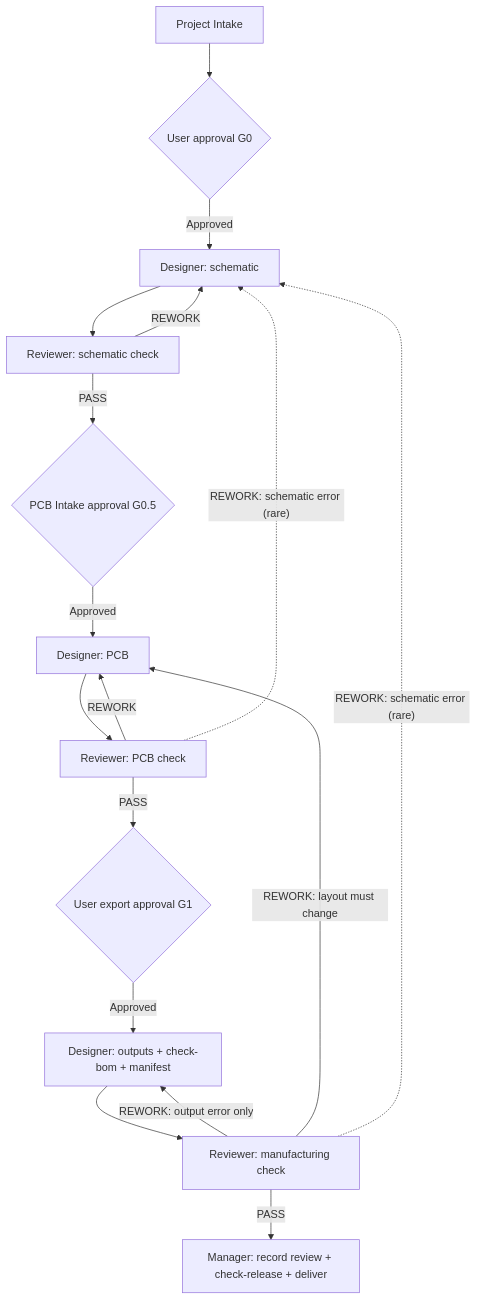
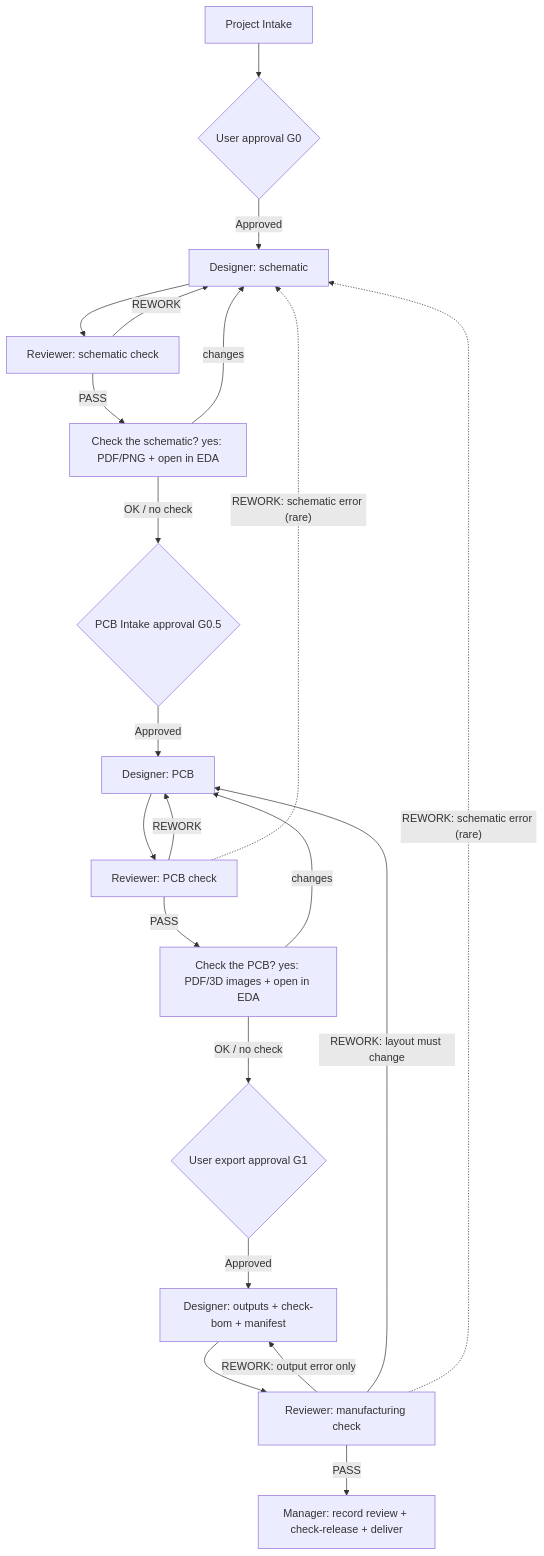
The diagram in README.md (d0ukan/ai-hw-designer), drawn with Mermaid before and after one commit. The commit also changed other lines of this file and 10 other files, not shown here.

Commit message:
v1.21: optional user schematic and PCB check (PDF/images, open in EDA) before G0.5 and G1

````diff
--- a/README.md
+++ b/README.md
@@ -105,19 +106,23 @@
 ```mermaid
 flowchart TD
     I["Project Intake"] --> A{"User approval G0"}
     A -->|"Approved"| D["Designer: schematic"]
     D --> S["Reviewer: schematic check"]
     S -->|"REWORK"| D
-    S -->|"PASS"| B{"PCB Intake approval G0.5"}
+    S -->|"PASS"| US["Check the schematic? yes: PDF/PNG + open in EDA"]
+    US -->|"changes"| D
+    US -->|"OK / no check"| B{"PCB Intake approval G0.5"}
     B -->|"Approved"| P["Designer: PCB"]
     P --> R["Reviewer: PCB check"]
     R -->|"REWORK"| P
-    R -->|"PASS"| G{"User export approval G1"}
+    R -->|"PASS"| UP["Check the PCB? yes: PDF/3D images + open in EDA"]
+    UP -->|"changes"| P
+    UP -->|"OK / no check"| G{"User export approval G1"}
     G -->|"Approved"| E["Designer: outputs + check-bom + manifest"]
     E --> V["Reviewer: manufacturing check"]
     V -->|"REWORK: output error only"| E
     V -->|"REWORK: layout must change"| P
     R -.->|"REWORK: schematic error (rare)"| D
     V -.->|"REWORK: schematic error (rare)"| D
     V -->|"PASS"| H["Manager: record review + check-release + deliver"]
 ```
````
